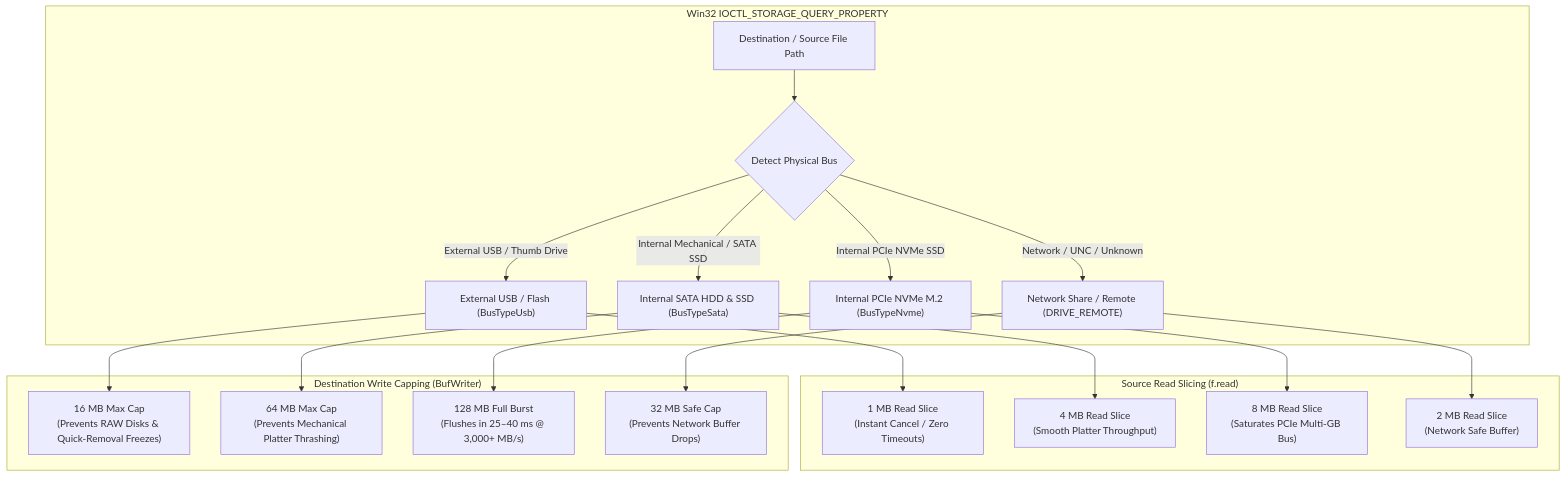
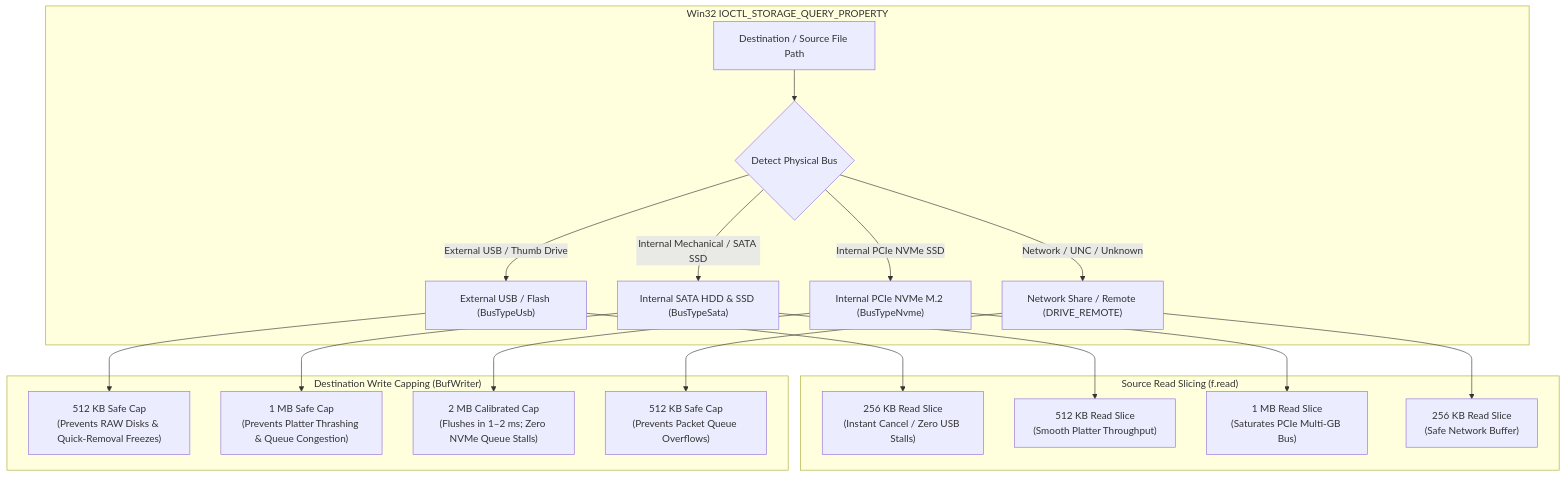
Before and after one commit to Baymax005/Bayzip: the diagram in README.md, drawn with Mermaid. The commit also changed other lines of this file and 17 other files, not shown here.

First line of the commit message:
release(v2.1.1): multi-selection shell compression, silent headless spawn, live speed/ETA & calibrated I/O

````diff
--- a/README.md
+++ b/README.md
@@ -92,24 +92,24 @@
 ```mermaid
 graph TD
     subgraph Storage Detection ["Win32 IOCTL_STORAGE_QUERY_PROPERTY"]
         Target["Destination / Source File Path"] --> Detect{"Detect Physical Bus"}
         Detect -->|External USB / Thumb Drive| USB["External USB / Flash (BusTypeUsb)"]
         Detect -->|Internal Mechanical / SATA SSD| SATA["Internal SATA HDD & SSD (BusTypeSata)"]
         Detect -->|Internal PCIe NVMe SSD| NVME["Internal PCIe NVMe M.2 (BusTypeNvme)"]
         Detect -->|Network / UNC / Unknown| NET["Network Share / Remote (DRIVE_REMOTE)"]
     end
 
     subgraph Read Slicing ["Source Read Slicing (f.read)"]
-        USB --> R_USB["1 MB Read Slice<br/>(Instant Cancel / Zero Timeouts)"]
-        SATA --> R_SATA["4 MB Read Slice<br/>(Smooth Platter Throughput)"]
-        NVME --> R_NVME["8 MB Read Slice<br/>(Saturates PCIe Multi-GB Bus)"]
-        NET --> R_NET["2 MB Read Slice<br/>(Network Safe Buffer)"]
+        USB --> R_USB["256 KB Read Slice<br/>(Instant Cancel / Zero USB Stalls)"]
+        SATA --> R_SATA["512 KB Read Slice<br/>(Smooth Platter Throughput)"]
+        NVME --> R_NVME["1 MB Read Slice<br/>(Saturates PCIe Multi-GB Bus)"]
+        NET --> R_NET["256 KB Read Slice<br/>(Safe Network Buffer)"]
     end
 
     subgraph Safe Buffer Capping ["Destination Write Capping (BufWriter)"]
-        USB --> W_USB["16 MB Max Cap<br/>(Prevents RAW Disks & Quick-Removal Freezes)"]
-        SATA --> W_SATA["64 MB Max Cap<br/>(Prevents Mechanical Platter Thrashing)"]
-        NVME --> W_NVME["128 MB Full Burst<br/>(Flushes in 25–40 ms @ 3,000+ MB/s)"]
-        NET --> W_NET["32 MB Safe Cap<br/>(Prevents Network Buffer Drops)"]
+        USB --> W_USB["512 KB Safe Cap<br/>(Prevents RAW Disks & Quick-Removal Freezes)"]
+        SATA --> W_SATA["1 MB Safe Cap<br/>(Prevents Platter Thrashing & Queue Congestion)"]
+        NVME --> W_NVME["2 MB Calibrated Cap<br/>(Flushes in 1–2 ms; Zero NVMe Queue Stalls)"]
+        NET --> W_NET["512 KB Safe Cap<br/>(Prevents Packet Queue Overflows)"]
     end
 ```
````
